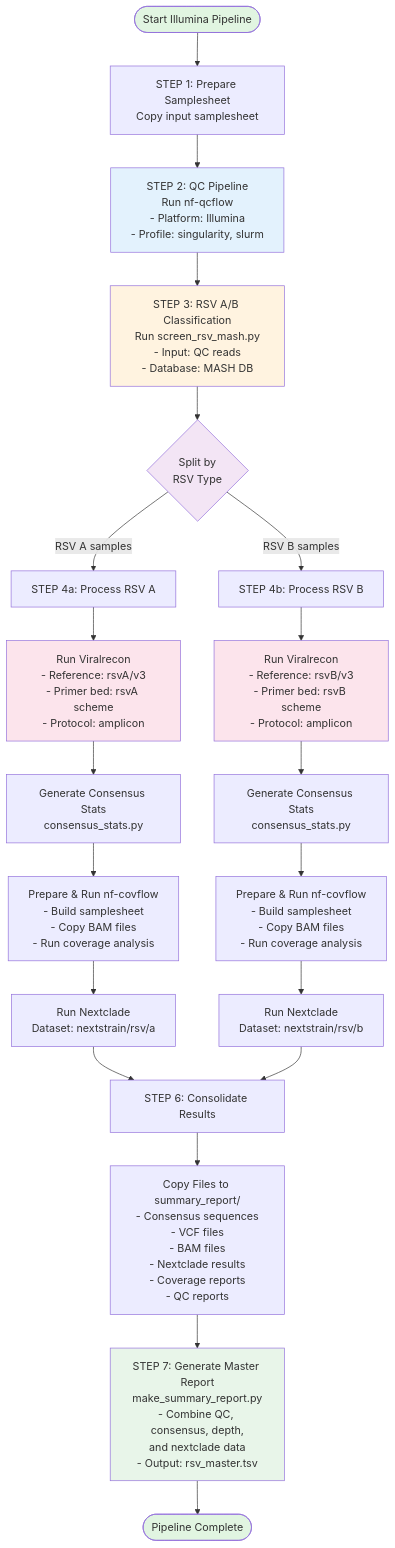
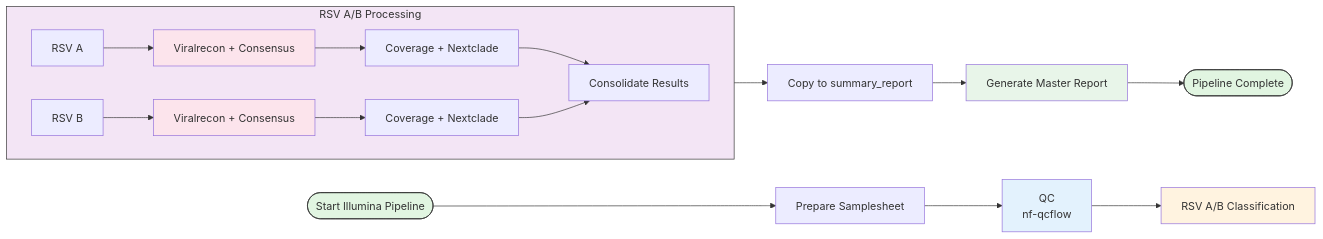
One commit to xiaoli-dong/rsv-analyzer changed the first of 2 diagrams in README.md. Above: the diagram before and after it, drawn with Mermaid. The commit also changed other lines of this file, not shown here.

Commit message:
Revise Illumina and Nanopore workflow diagrams
Updated Illumina and Nanopore workflows in README.md to improve clarity and structure.

````diff
--- a/README.md
+++ b/README.md
@@ -17,44 +16,34 @@
 ```mermaid
-flowchart TD
-    Start1([Start Illumina Pipeline])  --> Step1[STEP 1: Prepare Samplesheet<br/>Copy input samplesheet]
-    
-    Step1 --> Step2[STEP 2: QC Pipeline<br/>Run nf-qcflow<br/>- Platform: Illumina<br/>- Profile: singularity, slurm]
-    
-    Step2 --> Step3[STEP 3: RSV A/B Classification<br/>Run screen_rsv_mash.py<br/>- Input: QC reads<br/>- Database: MASH DB]
-    
-    Step3 --> Split1{Split by<br/>RSV Type}
-    
-    Split1 -->|RSV A samples| ProcessA1[STEP 4a: Process RSV A]
-    Split1 -->|RSV B samples| ProcessB1[STEP 4b: Process RSV B]
-    
-    ProcessA1 --> VirA1[Run Viralrecon<br/>- Reference: rsvA/v3<br/>- Primer bed: rsvA scheme<br/>- Protocol: amplicon]
-    
-    ProcessB1 --> VirB1[Run Viralrecon<br/>- Reference: rsvB/v3<br/>- Primer bed: rsvB scheme<br/>- Protocol: amplicon]
-    
-    VirA1 --> StatsA1[Generate Consensus Stats<br/>consensus_stats.py]
-    VirB1 --> StatsB1[Generate Consensus Stats<br/>consensus_stats.py]
-    
-    StatsA1 --> CovA1[Prepare & Run nf-covflow<br/>- Build samplesheet<br/>- Copy BAM files<br/>- Run coverage analysis]
-    StatsB1 --> CovB1[Prepare & Run nf-covflow<br/>- Build samplesheet<br/>- Copy BAM files<br/>- Run coverage analysis]
-    
-    CovA1 --> NextA1[Run Nextclade<br/>Dataset: nextstrain/rsv/a]
-    CovB1 --> NextB1[Run Nextclade<br/>Dataset: nextstrain/rsv/b]
-    
-    NextA1 --> Merge1[STEP 6: Consolidate Results]
-    NextB1 --> Merge1
-    
-    Merge1 --> Copy1[Copy Files to summary_report/<br/>- Consensus sequences<br/>- VCF files<br/>- BAM files<br/>- Nextclade results<br/>- Coverage reports<br/>- QC reports]
-    
-    Copy1 --> Step7[STEP 7: Generate Master Report<br/>make_summary_report.py<br/>- Combine QC, consensus, depth,<br/>and nextclade data<br/>- Output: rsv_master.tsv]
-    
-    Step7 --> End1([Pipeline Complete])
-    
-    style Start1 fill:#e1f5e1
-    style End1 fill:#e1f5e1
+flowchart LR
+ subgraph RSV_Branches["RSV A/B Processing"]
+    direction LR
+        VA["Viralrecon + Consensus"]
+        A["RSV A"]
+        VB["Viralrecon + Consensus"]
+        B["RSV B"]
+        CA["Coverage + Nextclade"]
+        CB["Coverage + Nextclade"]
+        Merge["Consolidate Results"]
+  end
+    Start(["Start Illumina Pipeline"]) --> Step1["Prepare Samplesheet"]
+    Step1 --> Step2["QC<br>nf-qcflow"]
+    Step2 --> Step3["RSV A/B Classification"]
+    A --> VA
+    B --> VB
+    VA --> CA
+    VB --> CB
+    CA --> Merge
+    CB --> Merge
+    Merge --> Copy["Copy to summary_report"]
+    Copy --> Final["Generate Master Report"]
+    Final --> End(["Pipeline Complete"])
+
+    style VA fill:#fce4ec
+    style VB fill:#fce4ec
+    style Start fill:#e1f5e1,stroke:#333
     style Step2 fill:#e3f2fd
     style Step3 fill:#fff3e0
-    style Split1 fill:#f3e5f5
-    style VirA1 fill:#fce4ec
-    style VirB1 fill:#fce4ec
-    style Step7 fill:#e8f5e9
+    style Final fill:#e8f5e9
+    style End fill:#e1f5e1,stroke:#333
+    style RSV_Branches fill:#f3e5f5,stroke:#333
 ```
````
